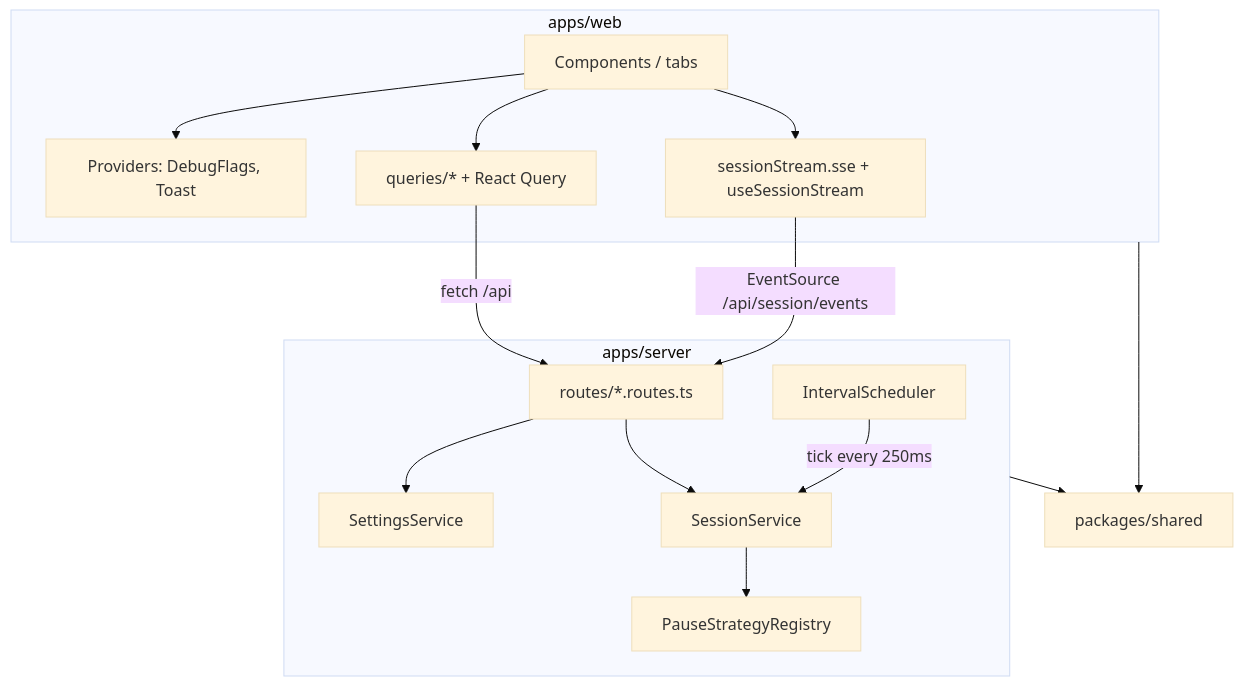
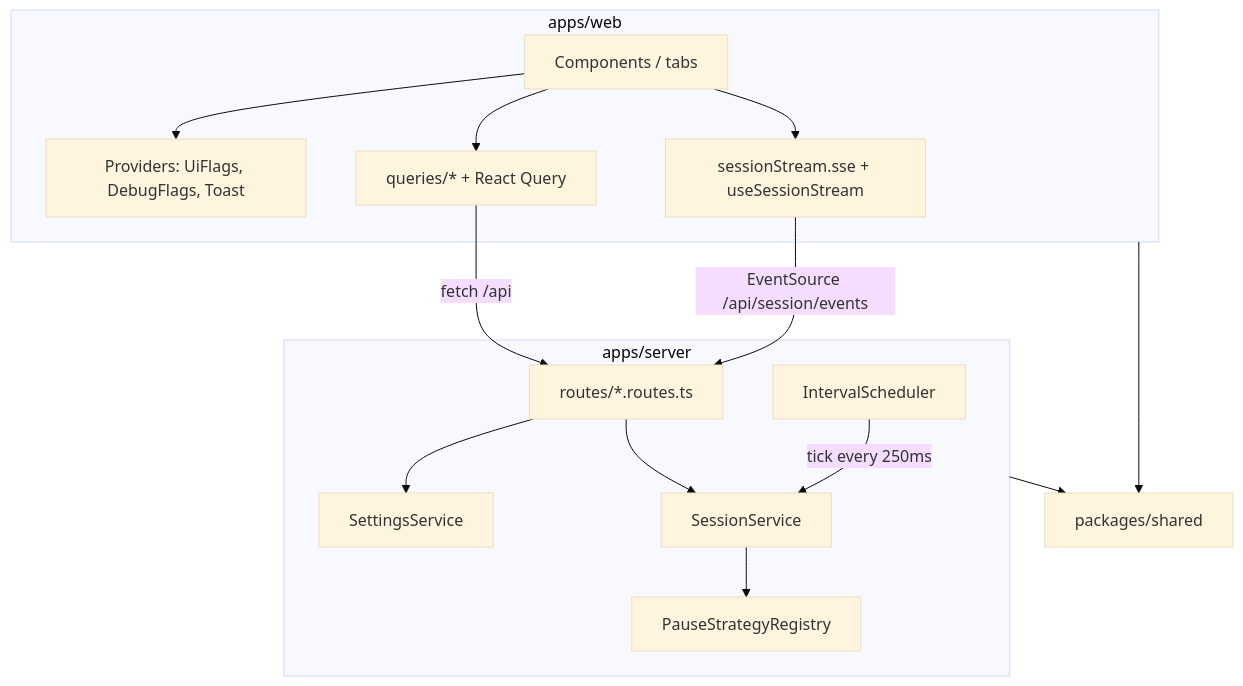
One commit to DKLokeswaran/flexi-pomodoro changed the first of 2 diagrams in docs/architecture.md. Above: the diagram before and after it, drawn with Mermaid (base theme). The commit also changed other lines of this file and 44 other files, not shown here.

````diff
--- a/docs/architecture.md
+++ b/docs/architecture.md
@@ -19,30 +19,30 @@
 ```mermaid
 flowchart TB
   subgraph web ["apps/web"]
     UI["Components / tabs"]
-    Prov["Providers: DebugFlags, Toast"]
+    Prov["Providers: UiFlags, DebugFlags, Toast"]
     Q["queries/* + React Query"]
     SSE["sessionStream.sse + useSessionStream"]
     UI --> Prov
     UI --> Q
     UI --> SSE
   end
 
   subgraph server ["apps/server"]
     Routes["routes/*.routes.ts"]
     SettSvc["SettingsService"]
     SessSvc["SessionService"]
     Pause["PauseStrategyRegistry"]
     Sched["IntervalScheduler"]
     Routes --> SettSvc
     Routes --> SessSvc
     SessSvc --> Pause
     Sched -->|"tick every 250ms"| SessSvc
   end
 
   Shared["packages/shared"]
   web --> Shared
   server --> Shared
   Q -->|"fetch /api"| Routes
   SSE -->|"EventSource /api/session/events"| Routes
 ```
````
